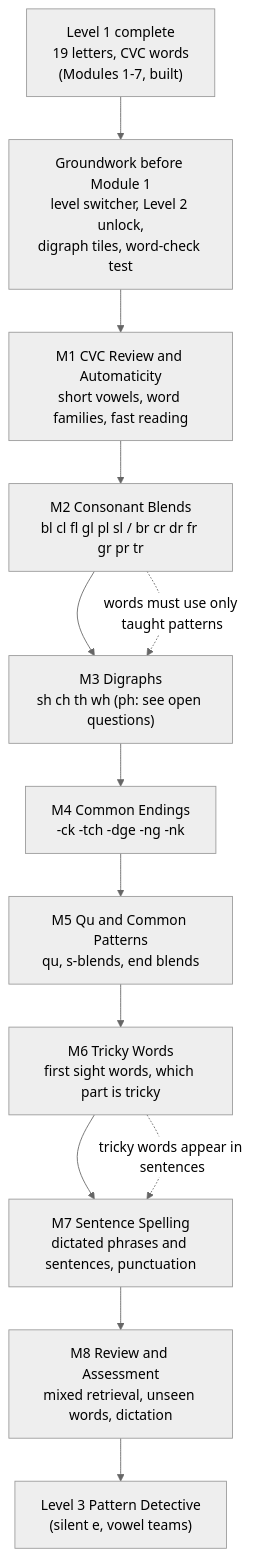
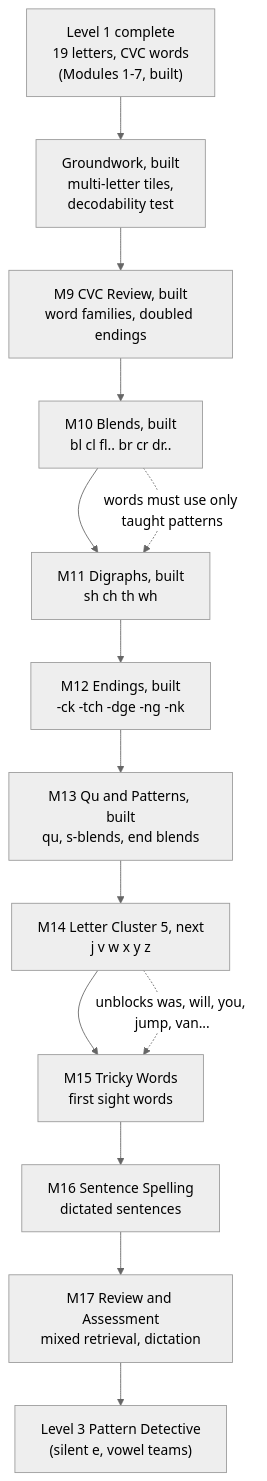
Before and after one commit to thespellingcode-bit/Thespellingcode: the diagram in docs/THE-SPELLING-CODE.md, drawn with Mermaid (neutral theme). The commit also changed other lines of this file and 12 other files, not shown here.

````diff
--- a/docs/THE-SPELLING-CODE.md
+++ b/docs/THE-SPELLING-CODE.md
@@ -134,18 +134,19 @@
 ```mermaid
 flowchart TD
     L1["Level 1 complete<br/>19 letters, CVC words<br/>(Modules 1-7, built)"]
-    G["Groundwork before Module 1<br/>level switcher, Level 2 unlock,<br/>digraph tiles, word-check test"]
-    M1["M1 CVC Review and Automaticity<br/>short vowels, word families, fast reading"]
-    M2["M2 Consonant Blends<br/>bl cl fl gl pl sl / br cr dr fr gr pr tr"]
-    M3["M3 Digraphs<br/>sh ch th wh (ph: see open questions)"]
-    M4["M4 Common Endings<br/>-ck -tch -dge -ng -nk"]
-    M5["M5 Qu and Common Patterns<br/>qu, s-blends, end blends"]
-    M6["M6 Tricky Words<br/>first sight words, which part is tricky"]
-    M7["M7 Sentence Spelling<br/>dictated phrases and sentences, punctuation"]
-    M8["M8 Review and Assessment<br/>mixed retrieval, unseen words, dictation"]
+    G["Groundwork, built<br/>multi-letter tiles,<br/>decodability test"]
+    M1["M9 CVC Review, built<br/>word families, doubled endings"]
+    M2["M10 Blends, built<br/>bl cl fl.. br cr dr.."]
+    M3["M11 Digraphs, built<br/>sh ch th wh"]
+    M4["M12 Endings, built<br/>-ck -tch -dge -ng -nk"]
+    M5["M13 Qu and Patterns, built<br/>qu, s-blends, end blends"]
+    M6["M14 Letter Cluster 5, next<br/>j v w x y z"]
+    M7["M15 Tricky Words<br/>first sight words"]
+    M8["M16 Sentence Spelling<br/>dictated sentences"]
+    M9["M17 Review and Assessment<br/>mixed retrieval, dictation"]
     L3["Level 3 Pattern Detective<br/>(silent e, vowel teams)"]
 
-    L1 --> G --> M1 --> M2 --> M3 --> M4 --> M5 --> M6 --> M7 --> M8 --> L3
+    L1 --> G --> M1 --> M2 --> M3 --> M4 --> M5 --> M6 --> M7 --> M8 --> M9 --> L3
     M2 -. "words must use only taught patterns" .-> M3
-    M6 -. "tricky words appear in sentences" .-> M7
+    M6 -. "unblocks was, will, you, jump, van..." .-> M7
 ```
````
